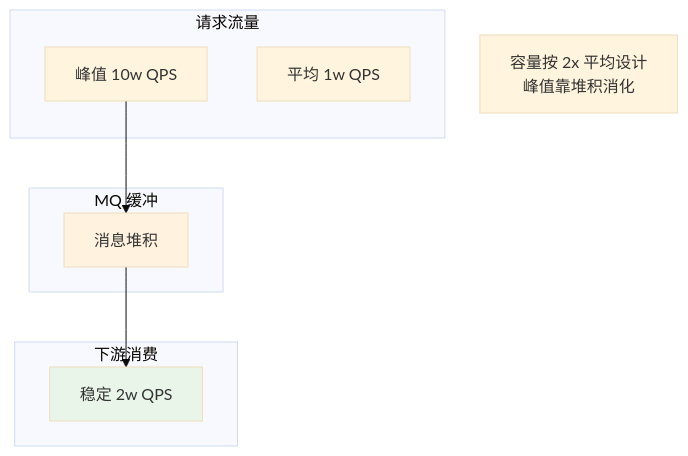
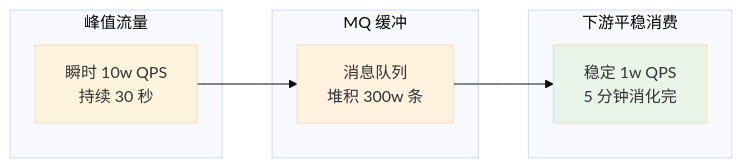
Before and after one commit to chongyang211/YCBookBlog: the third of 12 diagrams in docs/10.真经/05.方案设计思想/08.消息队列方案选型.md, drawn with Mermaid (base theme). The commit also changed other lines of this file and 36 other files, not shown here.

````diff
--- a/docs/10.真经/05.方案设计思想/08.消息队列方案选型.md
+++ b/docs/10.真经/05.方案设计思想/08.消息队列方案选型.md
@@ -306,23 +229,19 @@
 ```mermaid
-graph TB
-    subgraph "请求流量"
-        Peak[峰值 10w QPS]
-        Avg[平均 1w QPS]
+graph LR
+    subgraph "峰值流量"
+        Peak[瞬时 10w QPS<br/>持续 30 秒]
     end
     
     subgraph "MQ 缓冲"
-        Buffer[消息堆积]
+        Buffer[消息队列<br/>堆积 300w 条]
     end
     
-    subgraph "下游消费"
-        Consume[稳定 2w QPS]
+    subgraph "下游平稳消费"
+        Consume[稳定 1w QPS<br/>5 分钟消化完]
     end
     
-    Peak --> Buffer
-    Buffer --> Consume
-    
-    Note["容量按 2x 平均设计<br/>峰值靠堆积消化"]
+    Peak --> Buffer --> Consume
     
     style Buffer fill:#fff3e0
     style Consume fill:#e8f5e8
 ```
````
